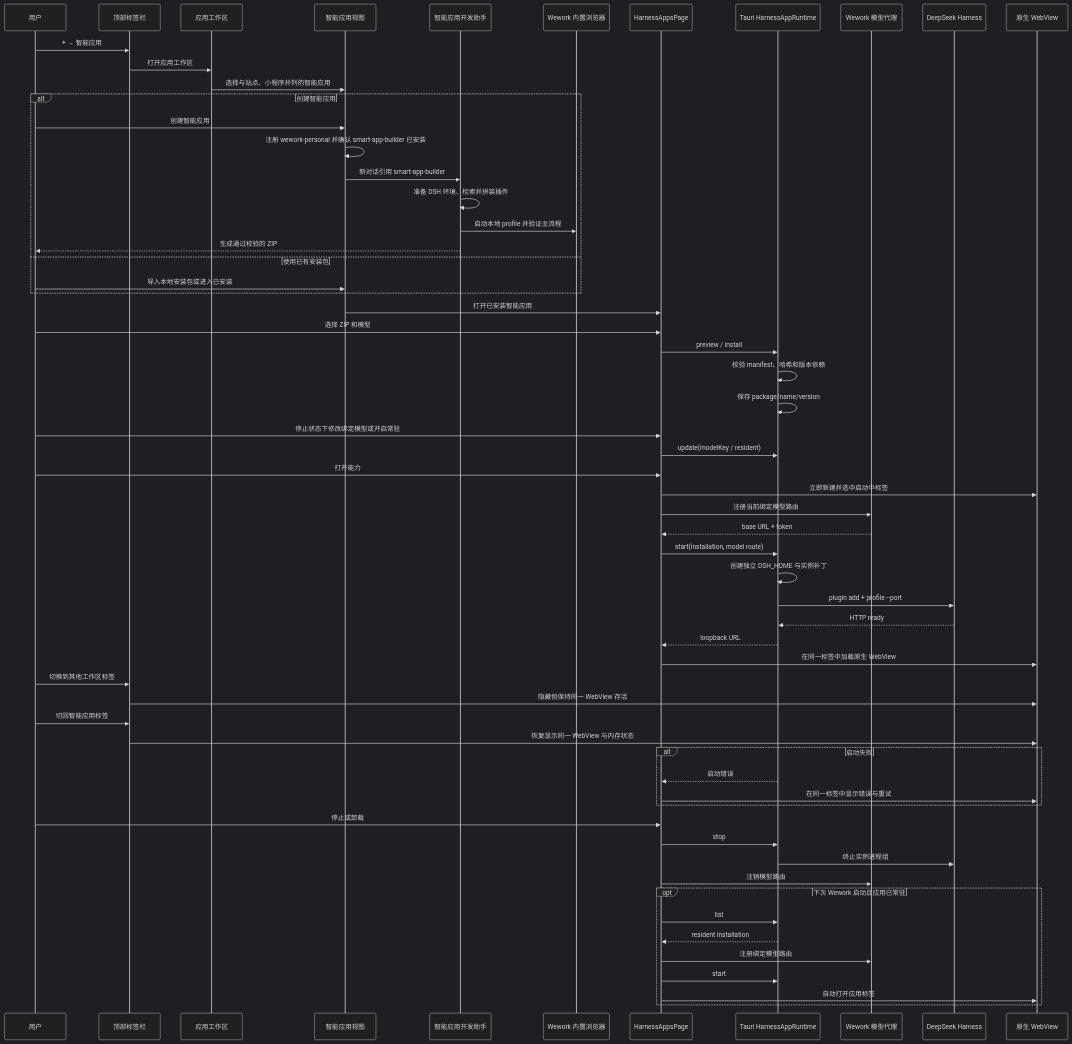
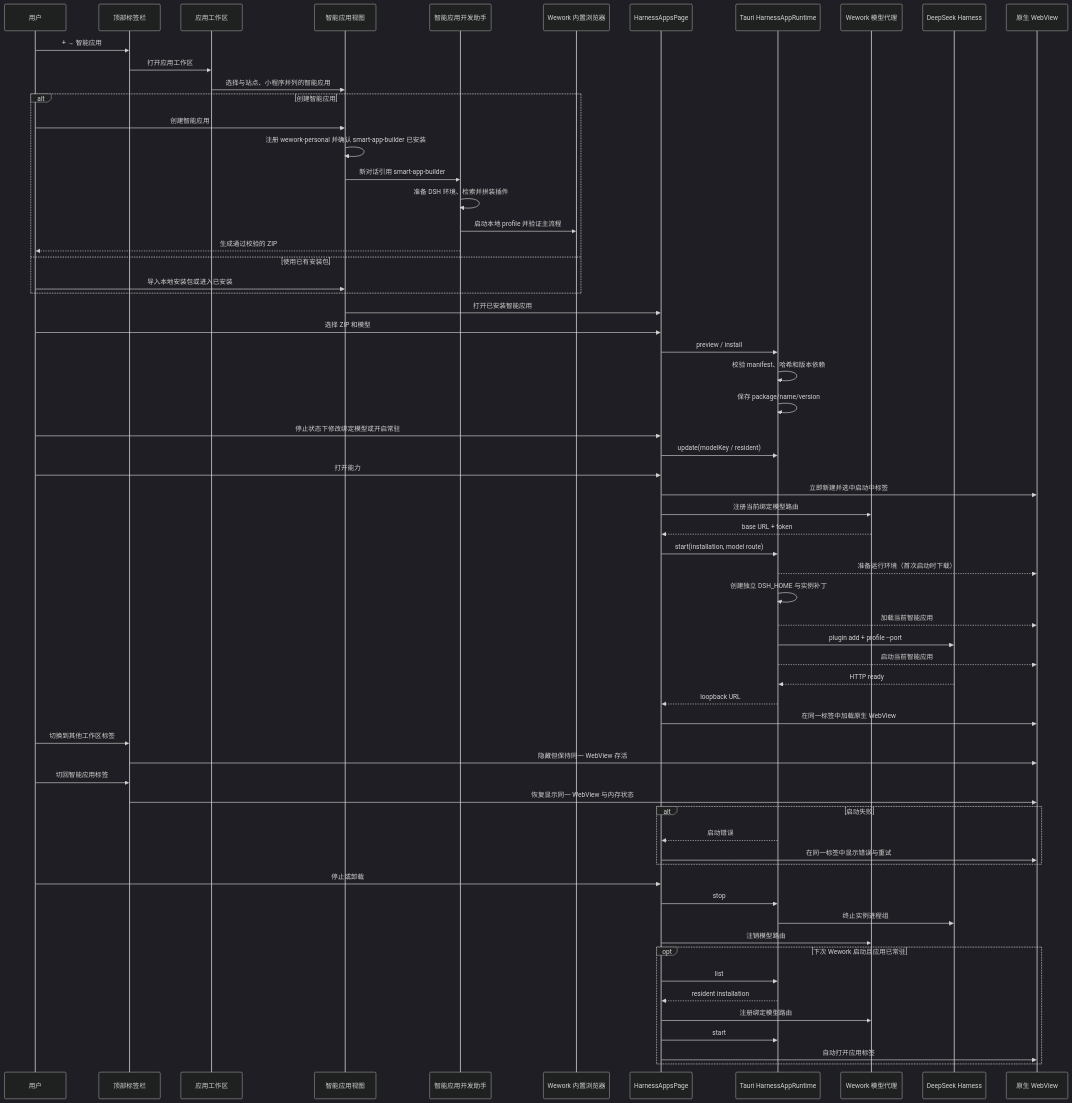
Before and after one commit to wecode-ai/wegent-docs: the second of 2 diagrams in i18n/zh/docusaurus-plugin-content-docs/current/architecture/deepseek-harness-apps.md, drawn with Mermaid (dark theme). The commit also changed other lines of this file and 1 other file, not shown here.

````diff
--- a/i18n/zh/docusaurus-plugin-content-docs/current/architecture/deepseek-harness-apps.md
+++ b/i18n/zh/docusaurus-plugin-content-docs/current/architecture/deepseek-harness-apps.md
@@ -57,65 +57,68 @@
 ```mermaid
 sequenceDiagram
     participant U as 用户
     participant C as 顶部标签栏
     participant A as 应用工作区
     participant M as 智能应用视图
     participant B as 智能应用开发助手
     participant WB as Wework 内置浏览器
     participant UI as HarnessAppsPage
     participant T as Tauri HarnessAppRuntime
     participant P as Wework 模型代理
     participant D as DeepSeek Harness
     participant W as 原生 WebView
 
     U->>C: + → 智能应用
     C->>A: 打开应用工作区
     A->>M: 选择与站点、小程序并列的智能应用
     alt 创建智能应用
         U->>M: 创建智能应用
         M->>M: 注册 wework-personal 并确认 smart-app-builder 已安装
         M->>B: 新对话引用 smart-app-builder
         B->>B: 准备 DSH 环境、检索并拼装插件
         B->>WB: 启动本地 profile 并验证主流程
         B-->>U: 生成通过校验的 ZIP
     else 使用已有安装包
         U->>M: 导入本地安装包或进入已安装
     end
     M->>UI: 打开已安装智能应用
     U->>UI: 选择 ZIP 和模型
     UI->>T: preview / install
     T->>T: 校验 manifest、哈希和版本依赖
     T->>T: 保存 package/name/version
     U->>UI: 停止状态下修改绑定模型或开启常驻
     UI->>T: update(modelKey / resident)
     U->>UI: 打开能力
     UI->>W: 立即新建并选中启动中标签
     UI->>P: 注册当前绑定模型路由
     P-->>UI: base URL + token
     UI->>T: start(installation, model route)
+    T-->>W: 准备运行环境（首次启动时下载）
     T->>T: 创建独立 DSH_HOME 与实例补丁
+    T-->>W: 加载当前智能应用
     T->>D: plugin add + profile --port
+    T-->>W: 启动当前智能应用
     D-->>T: HTTP ready
     T-->>UI: loopback URL
     UI->>W: 在同一标签中加载原生 WebView
     U->>C: 切换到其他工作区标签
     C->>W: 隐藏但保持同一 WebView 存活
     U->>C: 切回智能应用标签
     C->>W: 恢复显示同一 WebView 与内存状态
     alt 启动失败
         T-->>UI: 启动错误
         UI->>W: 在同一标签中显示错误与重试
     end
     U->>UI: 停止或卸载
     UI->>T: stop
     T->>D: 终止实例进程组
     UI->>P: 注销模型路由
 
     opt 下次 Wework 启动且应用已常驻
         UI->>T: list
         T-->>UI: resident installation
         UI->>P: 注册绑定模型路由
         UI->>T: start
         UI->>W: 自动打开应用标签
     end
 ```
````
